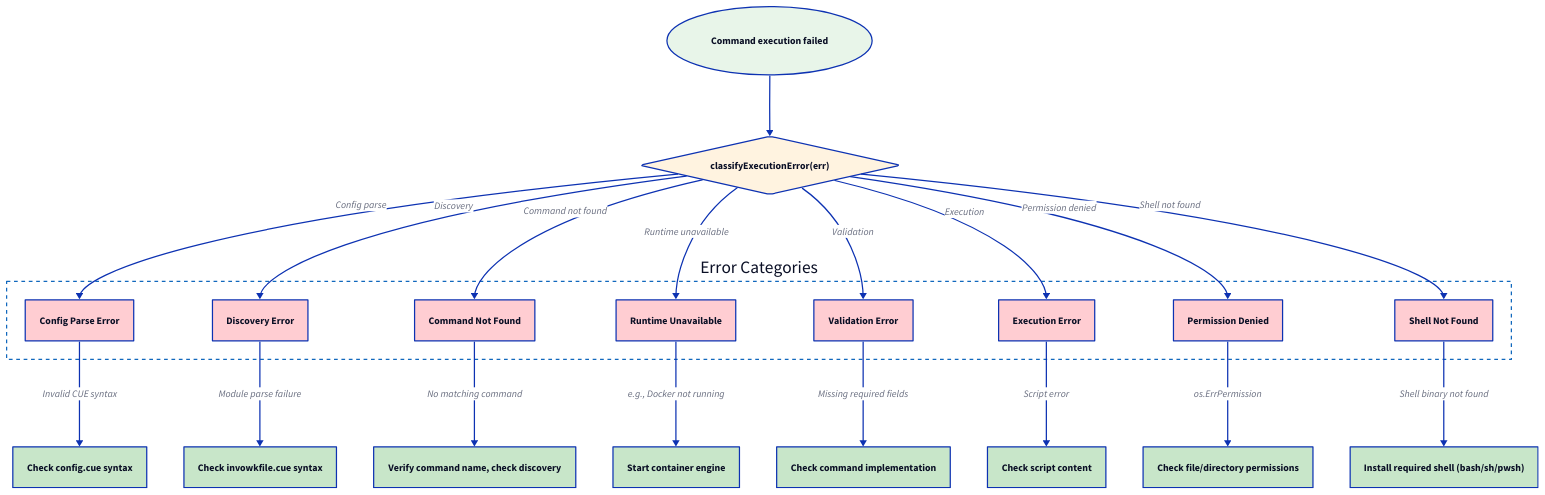
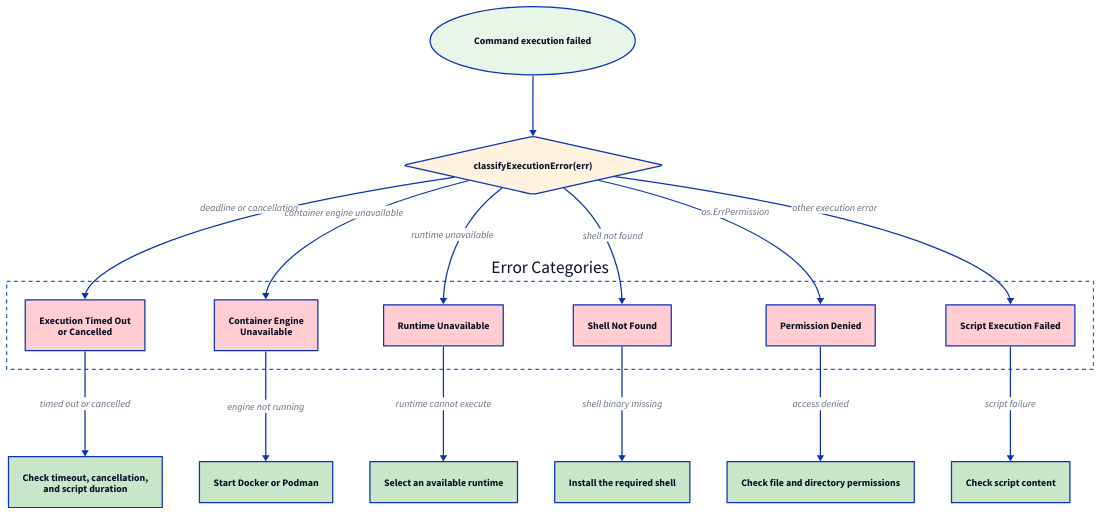
The diagram in docs/diagrams/flowcharts/execution-errors.d2 (invowk/invowk), drawn with D2 before and after one commit. The commit also changed 40 other files, not shown here. The source asks for the TALA layout; these drawings use dagre instead.

```diff
--- a/docs/diagrams/flowcharts/execution-errors.d2
+++ b/docs/diagrams/flowcharts/execution-errors.d2
@@ -1,127 +1,107 @@
 # Execution Error Categories Flowchart
 #
 # Shows the main categories of errors that can occur during
 # command execution and their common fixes.
 #
 # Source: internal/app/commandsvc/errors.go (classifyExecutionError)
 
 vars: {
   d2-config: {
     layout-engine: tala
   }
 }
 
 direction: down
 
 Start: Command execution failed {
   shape: oval
   style.fill: "#E8F5E9"
 }
 
 Classify: classifyExecutionError(err) {
   shape: diamond
   style.fill: "#FFF3E0"
 }
 
 # ==============================================================================
 # Error Categories
 # ==============================================================================
 
 errors: Error Categories {
   style: {
     stroke: "#1168BD"
     stroke-dash: 3
     fill: transparent
   }
 
-  E1: Config Parse Error {
+  E1: Execution Timed Out\nor Cancelled {
     style.fill: "#FFCDD2"
   }
 
-  E2: Discovery Error {
+  E2: Container Engine\nUnavailable {
     style.fill: "#FFCDD2"
   }
 
-  E3: Command Not Found {
+  E3: Runtime Unavailable {
     style.fill: "#FFCDD2"
   }
 
-  E4: Runtime Unavailable {
+  E4: Shell Not Found {
     style.fill: "#FFCDD2"
   }
 
-  E5: Validation Error {
+  E5: Permission Denied {
     style.fill: "#FFCDD2"
   }
 
-  E6: Execution Error {
-    style.fill: "#FFCDD2"
-  }
-
-  E7: Permission Denied {
-    style.fill: "#FFCDD2"
-  }
-
-  E8: Shell Not Found {
+  E6: Script Execution Failed {
     style.fill: "#FFCDD2"
   }
 }
 
 # ==============================================================================
 # Fixes
 # ==============================================================================
 
-Fix1: Check config.cue syntax {
+Fix1: Check timeout, cancellation,\nand script duration {
   style.fill: "#C8E6C9"
 }
 
-Fix2: Check invowkfile.cue syntax {
+Fix2: Start Docker or Podman {
   style.fill: "#C8E6C9"
 }
 
-Fix3: Verify command name, check discovery {
+Fix3: Select an available runtime {
   style.fill: "#C8E6C9"
 }
 
-Fix4: Start container engine {
+Fix4: Install the required shell {
   style.fill: "#C8E6C9"
 }
 
-Fix5: Check command implementation {
+Fix5: Check file and directory permissions {
   style.fill: "#C8E6C9"
 }
 
 Fix6: Check script content {
-  style.fill: "#C8E6C9"
-}
-
-Fix7: Check file/directory permissions {
-  style.fill: "#C8E6C9"
-}
-
-Fix8: Install required shell (bash/sh/pwsh) {
   style.fill: "#C8E6C9"
 }
 
 # ==============================================================================
 # Connections
 # ==============================================================================
 
 Start -> Classify
-Classify -> errors.E1: Config parse
-Classify -> errors.E2: Discovery
-Classify -> errors.E3: Command not found
-Classify -> errors.E4: Runtime unavailable
-Classify -> errors.E5: Validation
-Classify -> errors.E6: Execution
-Classify -> errors.E7: Permission denied
-Classify -> errors.E8: Shell not found
+Classify -> errors.E1: deadline or cancellation
+Classify -> errors.E2: container engine unavailable
+Classify -> errors.E3: runtime unavailable
+Classify -> errors.E4: shell not found
+Classify -> errors.E5: os.ErrPermission
+Classify -> errors.E6: other execution error
 
-errors.E1 -> Fix1: Invalid CUE syntax
-errors.E2 -> Fix2: Module parse failure
-errors.E3 -> Fix3: No matching command
-errors.E4 -> Fix4: e.g., Docker not running
-errors.E5 -> Fix5: Missing required fields
-errors.E6 -> Fix6: Script error
-errors.E7 -> Fix7: os.ErrPermission
-errors.E8 -> Fix8: Shell binary not found
+errors.E1 -> Fix1: timed out or cancelled
+errors.E2 -> Fix2: engine not running
+errors.E3 -> Fix3: runtime cannot execute
+errors.E4 -> Fix4: shell binary missing
+errors.E5 -> Fix5: access denied
+errors.E6 -> Fix6: script failure
```
